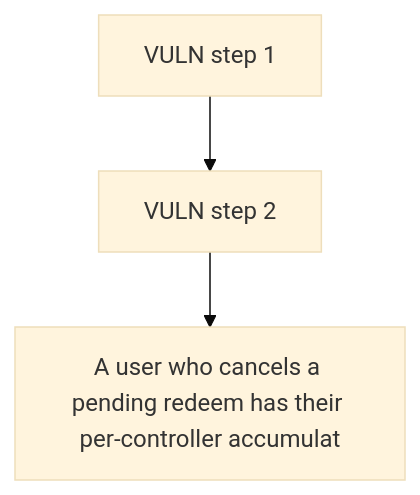
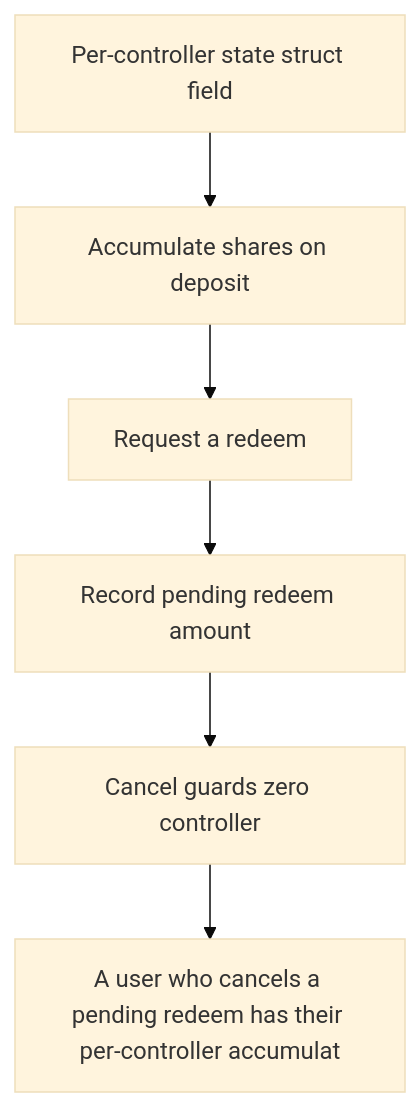
The diagram in 63081-cancelled-redeem-requests-make-shares-permanently-unredeemab_exp/63081-cancelled-redeem-requests-make-shares-permanently-unredeemab_exp.md (sanbir/evm-hack-registry), drawn with Mermaid (base theme) before and after one commit. The commit also changed other lines of this file and 79 other files, not shown here.

````diff
--- a/63081-cancelled-redeem-requests-make-shares-permanently-unredeemab_exp/63081-cancelled-redeem-requests-make-shares-permanently-unredeemab_exp.md
+++ b/63081-cancelled-redeem-requests-make-shares-permanently-unredeemab_exp/63081-cancelled-redeem-requests-make-shares-permanently-unredeemab_exp.md
@@ -28,8 +28,14 @@
 ```mermaid
 flowchart TD
-  S0["VULN step 1"]
-  S1["VULN step 2"]
+  S0["Per-controller state struct field"]
+  S1["Accumulate shares on deposit"]
+  S2["Request a redeem"]
+  S3["Record pending redeem amount"]
+  S4["Cancel guards zero controller"]
   H["A user who cancels a pending redeem has their per-controller accumulat"]
   S0 --> S1
-  S1 --> H
+  S1 --> S2
+  S2 --> S3
+  S3 --> S4
+  S4 --> H
 ```
````
